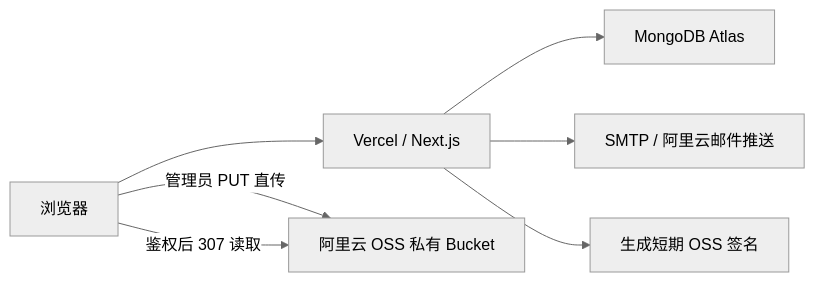
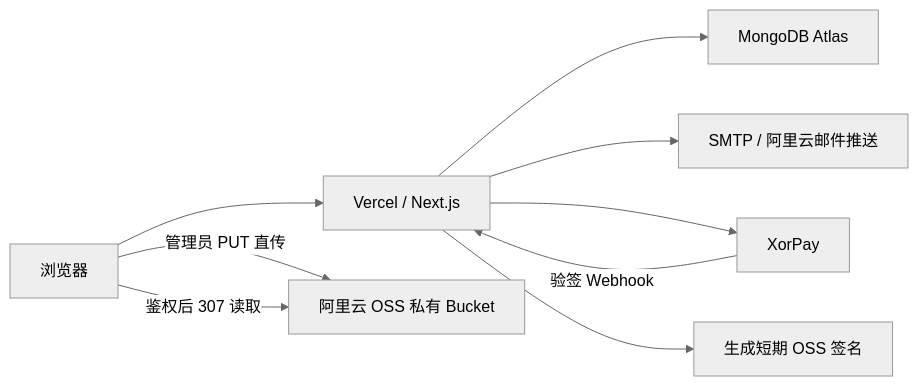
One commit to CzzzzzzJ/mdldm-knowledge-kit changed the sixth of 6 diagrams in ARCHITECTURE.md. Above: the diagram before and after it, drawn with Mermaid (neutral theme). The commit also changed other lines of this file and 52 other files, not shown here.

````diff
--- a/ARCHITECTURE.md
+++ b/ARCHITECTURE.md
@@ -186,9 +186,11 @@
 ```mermaid
 flowchart LR
     Browser["浏览器"] --> Vercel["Vercel / Next.js"]
     Vercel --> Atlas["MongoDB Atlas"]
     Vercel --> SMTP["SMTP / 阿里云邮件推送"]
+    Vercel --> XorPay["XorPay"]
+    XorPay -->|"验签 Webhook"| Vercel
     Vercel --> Signed["生成短期 OSS 签名"]
     Browser -->|"管理员 PUT 直传"| OSS["阿里云 OSS 私有 Bucket"]
     Browser -->|"鉴权后 307 读取"| OSS
 ```
````
